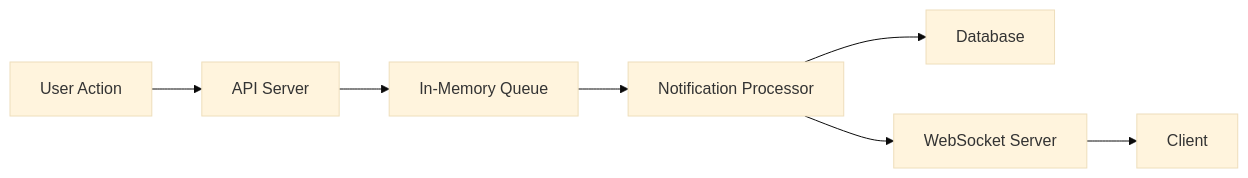
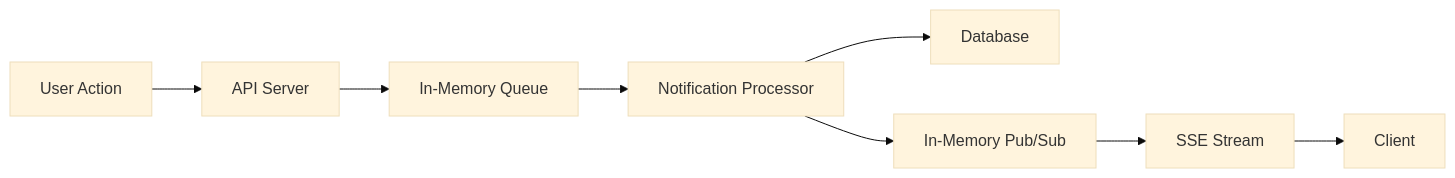
One commit to Shyamsaitejamandibi/insyd changed the second of 2 diagrams in frontend/REDIS.md. Above: the diagram before and after it, drawn with Mermaid (base theme). The commit also changed other lines of this file and 1 other file, not shown here.

Commit message:
Refactor notification handling to use Server-Sent Events (SSE) and implement In-Memory Pub/Sub fallback; update Redis connection logic for improved error handling

````diff
--- a/frontend/REDIS.md
+++ b/frontend/REDIS.md
@@ -52,9 +52,10 @@
 ```mermaid
 graph LR
     A[User Action] --> B[API Server]
     B --> C[In-Memory Queue]
     C --> D[Notification Processor]
     D --> E[Database]
-    D --> F[WebSocket Server]
-    F --> G[Client]
+    D --> F[In-Memory Pub/Sub]
+    F --> G[SSE Stream]
+    G --> H[Client]
 ```
````
